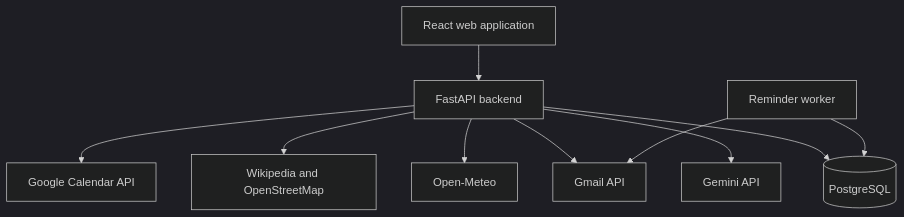
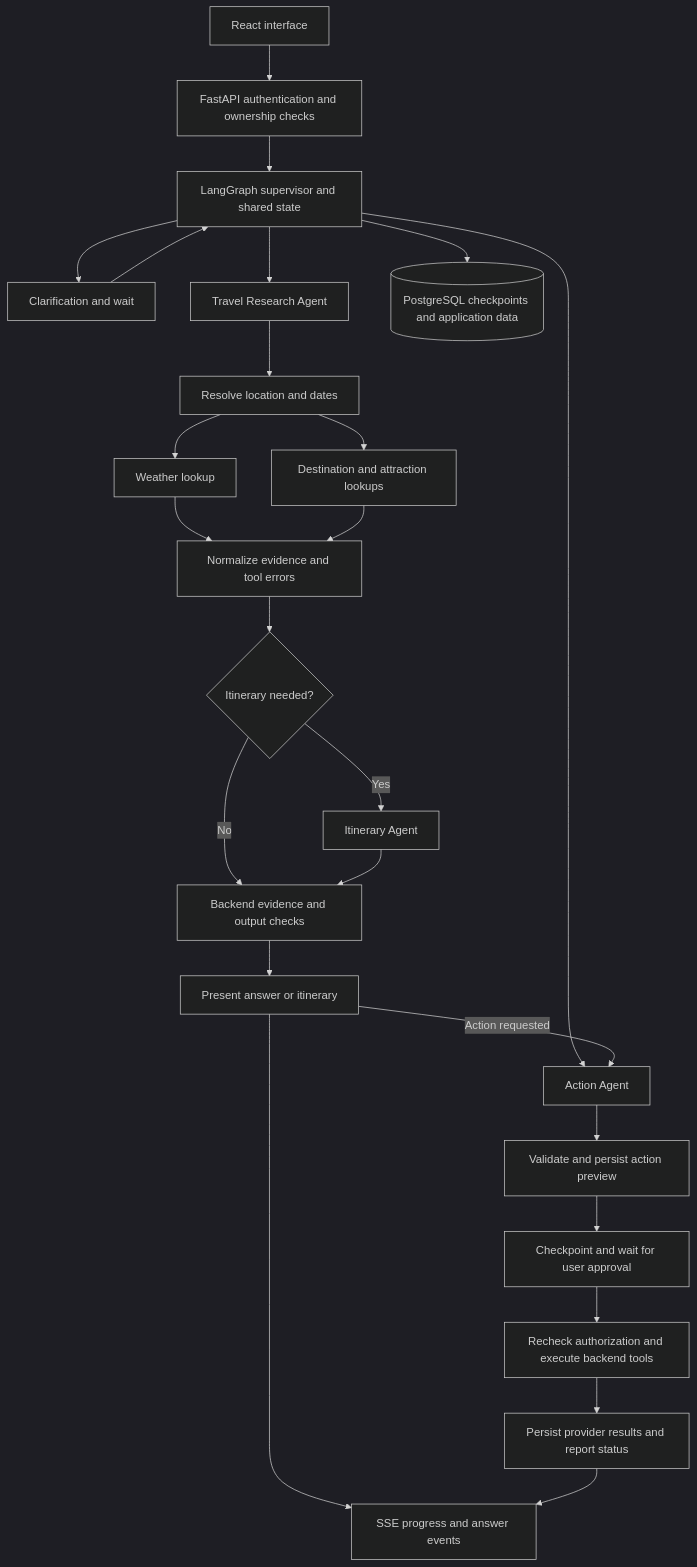
The diagram in PRD.md (pguru1214/genAIChatbot), drawn with Mermaid (dark theme) before and after one commit. The commit also changed other lines of this file and 26 other files, not shown here.

Commit message:
feat: add runnable travel assistant starter with React and LangGraph

````diff
--- a/PRD.md
+++ b/PRD.md
@@ -180,12 +234,27 @@
 ```mermaid
 flowchart TD
-    UI[React web application] --> API[FastAPI backend]
-    API --> DB[(PostgreSQL)]
-    API --> AI[Gemini API]
-    API --> Weather[Open-Meteo]
-    API --> Places[Wikipedia and OpenStreetMap]
-    API --> Gmail[Gmail API]
-    API --> Calendar[Google Calendar API]
-    Worker[Reminder worker] --> DB
-    Worker --> Gmail
+    UI[React interface] --> API[FastAPI authentication and ownership checks]
+    API --> Router[LangGraph supervisor and shared state]
+    Router --> Clarify[Clarification and wait]
+    Clarify --> Router
+    Router --> Research[Travel Research Agent]
+    Research --> Geo[Resolve location and dates]
+    Geo --> Weather[Weather lookup]
+    Geo --> Places[Destination and attraction lookups]
+    Weather --> Evidence[Normalize evidence and tool errors]
+    Places --> Evidence
+    Evidence --> NeedPlan{Itinerary needed?}
+    NeedPlan -->|Yes| Planner[Itinerary Agent]
+    NeedPlan -->|No| Validate[Backend evidence and output checks]
+    Planner --> Validate
+    Validate --> Present[Present answer or itinerary]
+    Router --> Action[Action Agent]
+    Present -->|Action requested| Action
+    Action --> Preview[Validate and persist action preview]
+    Preview --> Pause[Checkpoint and wait for user approval]
+    Pause --> Execute[Recheck authorization and execute backend tools]
+    Execute --> Result[Persist provider results and report status]
+    Router --> DB[(PostgreSQL checkpoints and application data)]
+    Present --> Stream[SSE progress and answer events]
+    Result --> Stream
 ```
````
